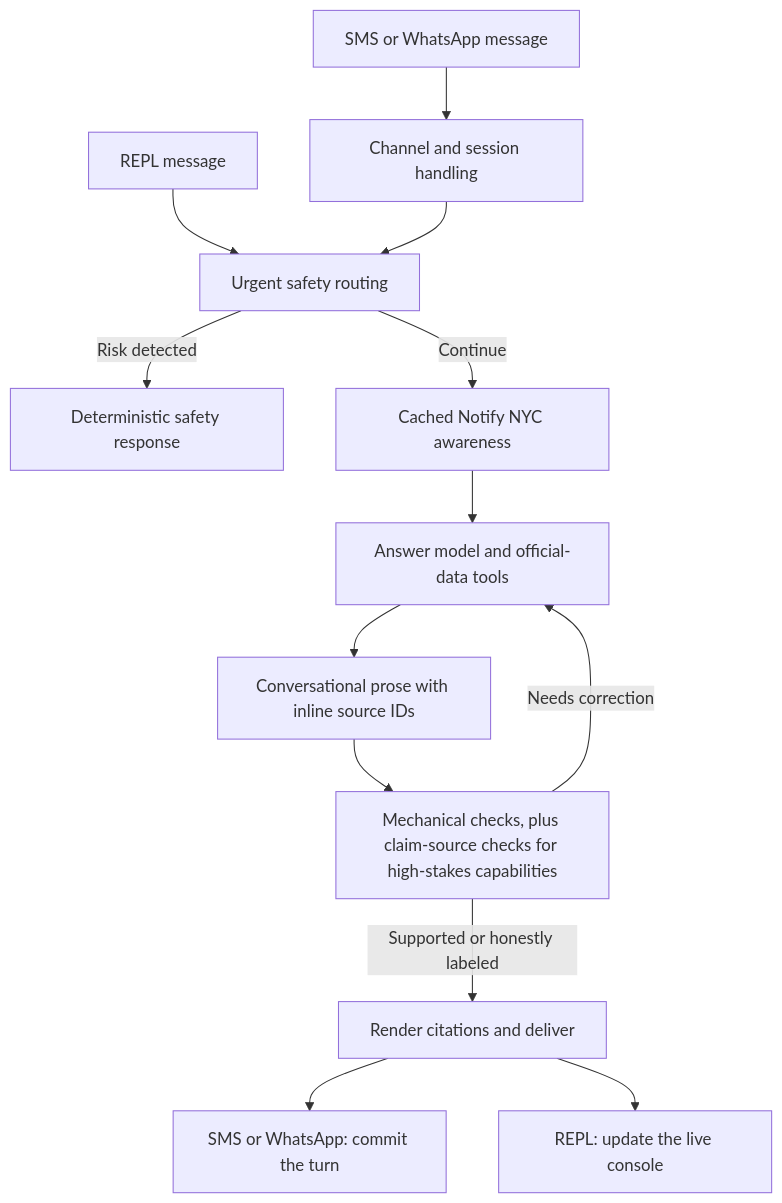
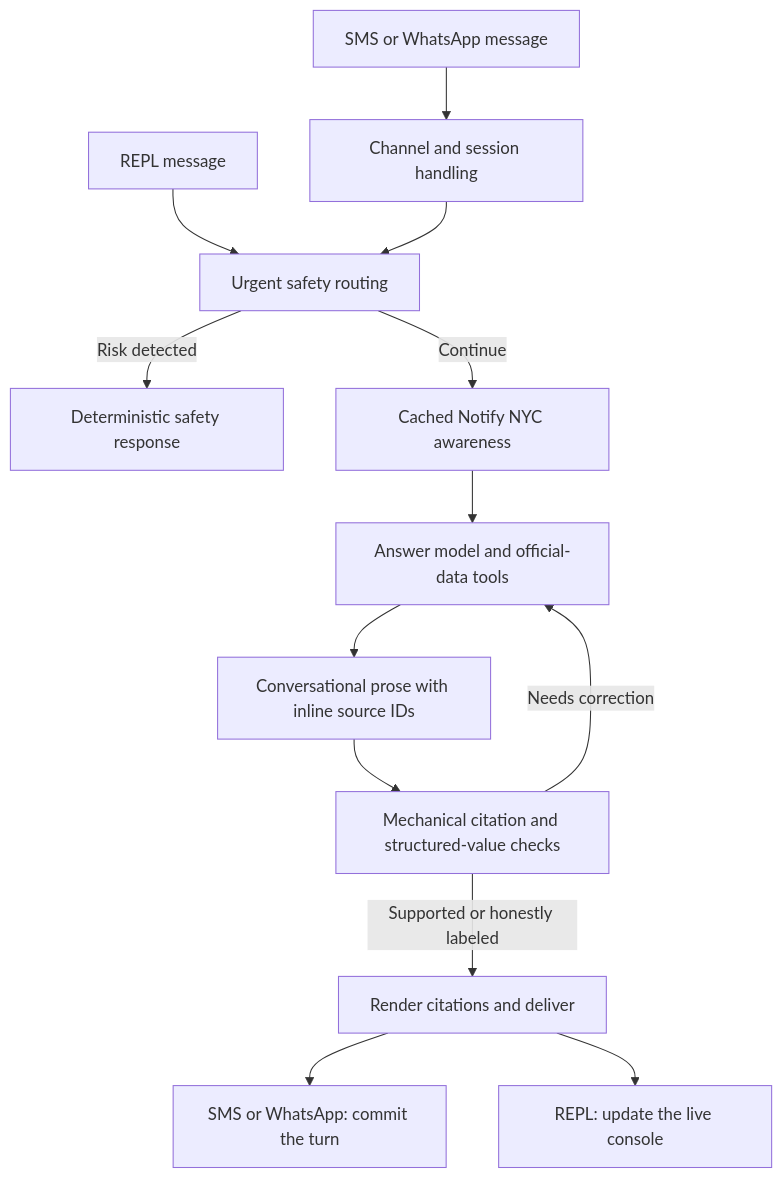
One commit to shayantist/HeyNYC changed the diagram in README.md. Above: the diagram before and after it, drawn with Mermaid. The commit also changed other lines of this file and 22 other files, not shown here.

````diff
--- a/README.md
+++ b/README.md
@@ -122,15 +123,15 @@
 ```mermaid
 flowchart TD
     A["SMS or WhatsApp message"] --> B["Channel and session handling"]
     R["REPL message"] --> C
     B --> C["Urgent safety routing"]
     C -->|Risk detected| D["Deterministic safety response"]
     C -->|Continue| E["Cached Notify NYC awareness"]
     E --> F["Answer model and official-data tools"]
     F --> G["Conversational prose with inline source IDs"]
-    G --> H["Mechanical checks, plus claim-source checks for high-stakes capabilities"]
+    G --> H["Mechanical citation and structured-value checks"]
     H -->|Needs correction| F
     H -->|Supported or honestly labeled| I["Render citations and deliver"]
     I --> K["SMS or WhatsApp: commit the turn"]
     I --> L["REPL: update the live console"]
 ```
````
